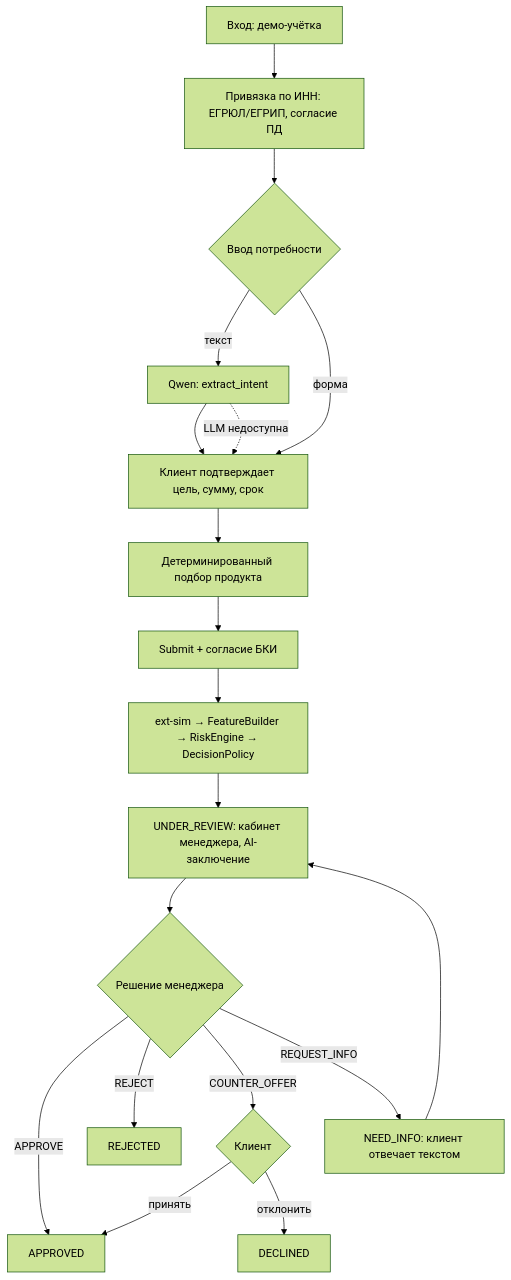
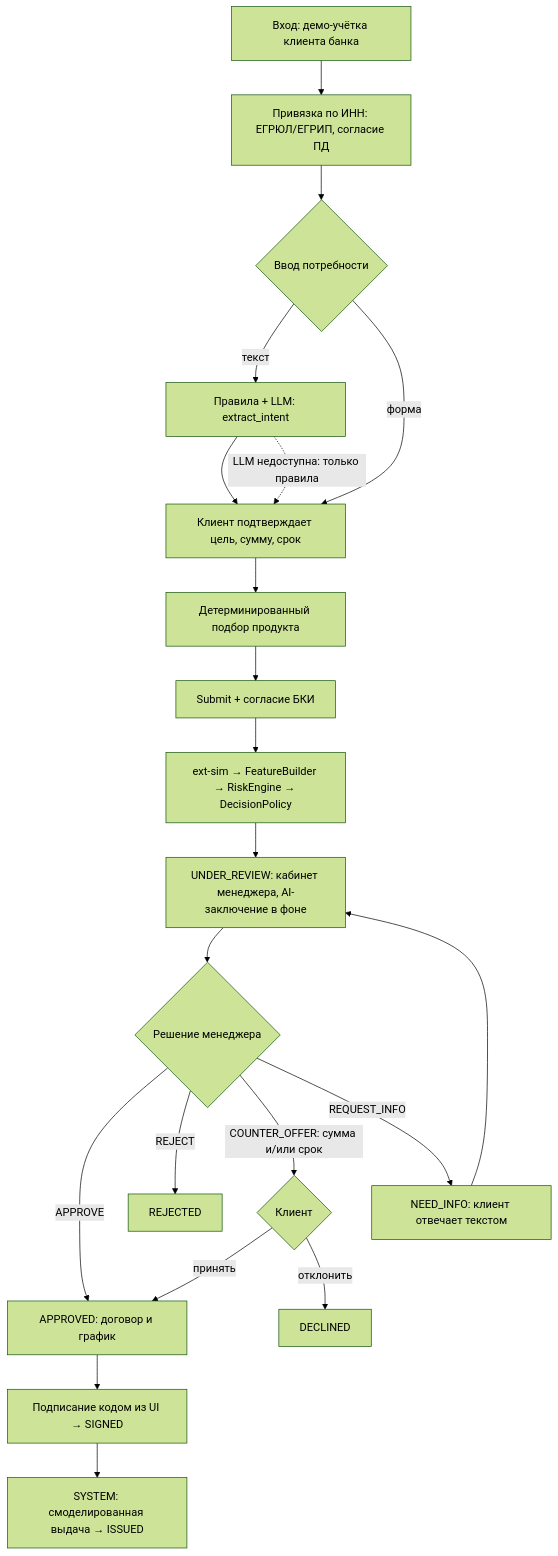
The first of 3 diagrams in docs/design.md (gpt-told-me-to-name-this-43/creditflow), drawn with Mermaid (forest theme) before and after one commit. The commit also changed other lines of this file and 10 other files, not shown here.

````diff
--- a/docs/design.md
+++ b/docs/design.md
@@ -44,20 +78,22 @@
 ```mermaid
 flowchart TD
-    A[Вход: демо-учётка] --> B[Привязка по ИНН: ЕГРЮЛ/ЕГРИП, согласие ПД]
+    A[Вход: демо-учётка клиента банка] --> B[Привязка по ИНН: ЕГРЮЛ/ЕГРИП, согласие ПД]
     B --> C{Ввод потребности}
-    C -->|текст| Q[Qwen: extract_intent]
+    C -->|текст| R[Правила + LLM: extract_intent]
     C -->|форма| D[Клиент подтверждает цель, сумму, срок]
-    Q --> D
-    Q -.->|LLM недоступна| D
+    R --> D
+    R -.->|LLM недоступна: только правила| D
     D --> E[Детерминированный подбор продукта]
     E --> F[Submit + согласие БКИ]
     F --> G[ext-sim → FeatureBuilder → RiskEngine → DecisionPolicy]
-    G --> H[UNDER_REVIEW: кабинет менеджера, AI-заключение]
+    G --> H[UNDER_REVIEW: кабинет менеджера, AI-заключение в фоне]
     H --> I{Решение менеджера}
-    I -->|APPROVE| J[APPROVED]
+    I -->|APPROVE| J[APPROVED: договор и график]
     I -->|REJECT| K[REJECTED]
-    I -->|COUNTER_OFFER| L{Клиент}
+    I -->|COUNTER_OFFER: сумма и/или срок| L{Клиент}
     L -->|принять| J
     L -->|отклонить| N[DECLINED]
     I -->|REQUEST_INFO| M[NEED_INFO: клиент отвечает текстом] --> H
+    J --> S[Подписание кодом из UI → SIGNED]
+    S --> T[SYSTEM: смоделированная выдача → ISSUED]
 ```
````
